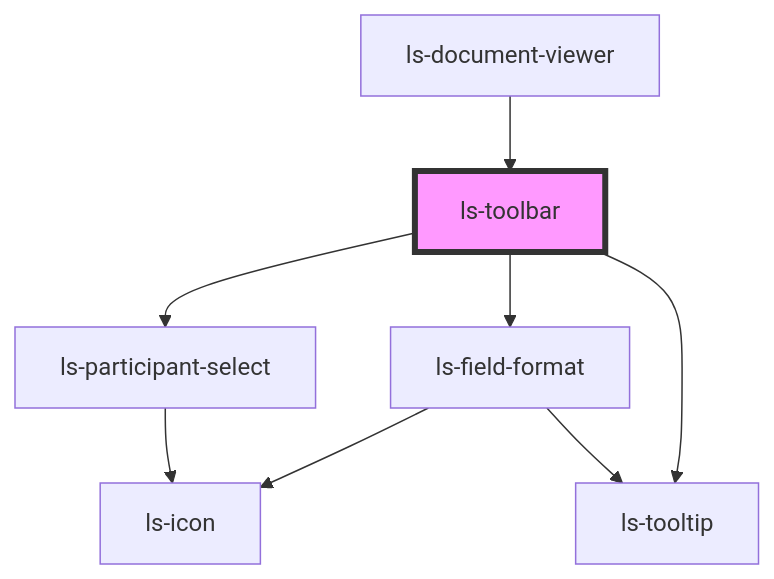
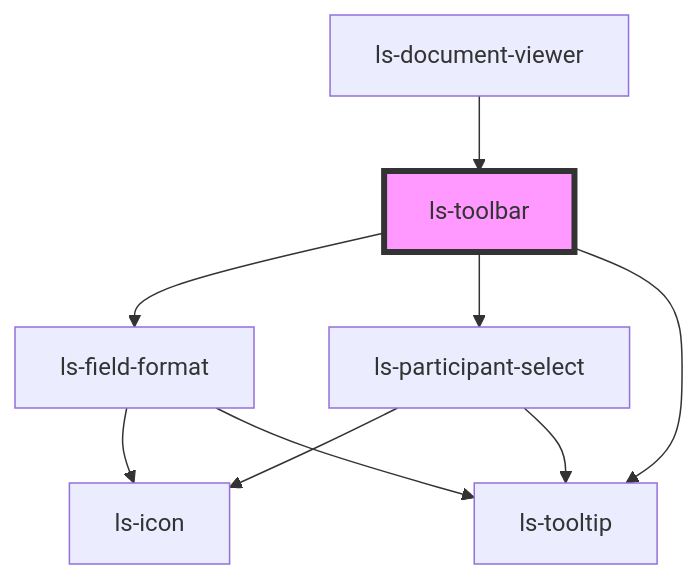
The diagram in src/components/ls-toolbar/readme.md (legalesign/ls-document-viewer), drawn with Mermaid before and after one commit. The commit also changed 9 other files, not shown here.

````diff
--- a/src/components/ls-toolbar/readme.md
+++ b/src/components/ls-toolbar/readme.md
@@ -41,11 +41,12 @@
 ```mermaid
 graph TD;
   ls-toolbar --> ls-field-format
   ls-toolbar --> ls-participant-select
   ls-toolbar --> ls-tooltip
   ls-field-format --> ls-icon
   ls-field-format --> ls-tooltip
   ls-participant-select --> ls-icon
+  ls-participant-select --> ls-tooltip
   ls-document-viewer --> ls-toolbar
   style ls-toolbar fill:#f9f,stroke:#333,stroke-width:4px
 ```
````
